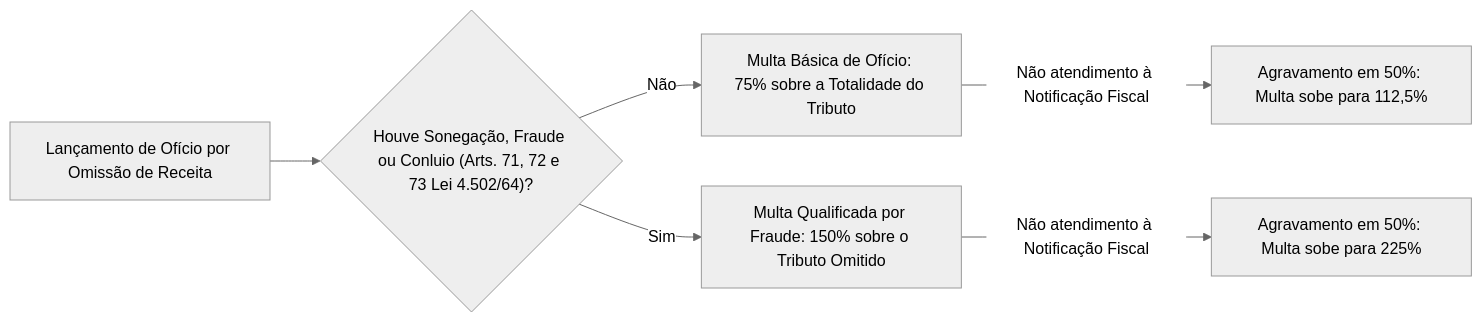
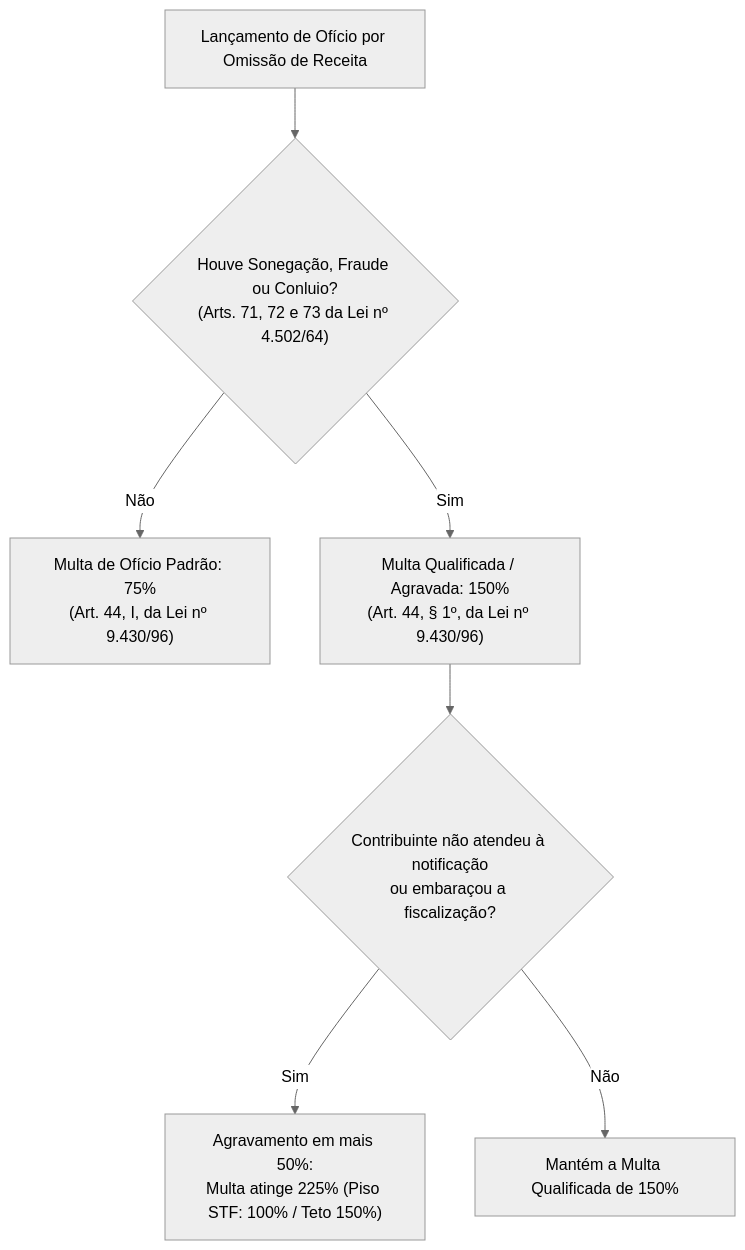
One commit to gilsonnogueira/OpenConcursos changed the fifth of 6 diagrams in docs/19-auditoria/06-auditoria-fiscal-tributaria/01-presuncoes-legais-e-omissao-de-receita.md. Above: the diagram before and after it, drawn with Mermaid (neutral theme). The commit also changed other lines of this file and 17 other files, not shown here.

Commit message:
style(diagrams): verticaliza todos os diagramas Mermaid para legibilidade em painel vertical

````diff
--- a/docs/19-auditoria/06-auditoria-fiscal-tributaria/01-presuncoes-legais-e-omissao-de-receita.md
+++ b/docs/19-auditoria/06-auditoria-fiscal-tributaria/01-presuncoes-legais-e-omissao-de-receita.md
@@ -110,10 +118,11 @@
 ```mermaid
-flowchart LR
-    A["Lançamento de Ofício por Omissão de Receita"] --> B{"Houve Sonegação, Fraude ou Conluio (Arts. 71, 72 e 73 Lei 4.502/64)?"}
+flowchart TD
+    A["Lançamento de Ofício por Omissão de Receita"] --> B{"Houve Sonegação, Fraude ou Conluio?<br/>(Arts. 71, 72 e 73 da Lei nº 4.502/64)"}
     
-    B -- Não --> C["Multa Básica de Ofício: 75% sobre a Totalidade do Tributo"]
-    B -- Sim --> D["Multa Qualificada por Fraude: 150% sobre o Tributo Omitido"]
+    B -- Não --> C["Multa de Ofício Padrão: 75%<br/>(Art. 44, I, da Lei nº 9.430/96)"]
+    B -- Sim --> D["Multa Qualificada / Agravada: 150%<br/>(Art. 44, § 1º, da Lei nº 9.430/96)"]
     
-    C -->|Não atendimento à Notificação Fiscal| E["Agravamento em 50%: Multa sobe para 112,5%"]
-    D -->|Não atendimento à Notificação Fiscal| F["Agravamento em 50%: Multa sobe para 225%"]
+    D --> E{"Contribuinte não atendeu à notificação<br/>ou embaraçou a fiscalização?"}
+    E -- Sim --> F["Agravamento em mais 50%:<br/>Multa atinge 225% (Piso STF: 100% / Teto 150%)"]
+    E -- Não --> G["Mantém a Multa Qualificada de 150%"]
 ```
````
